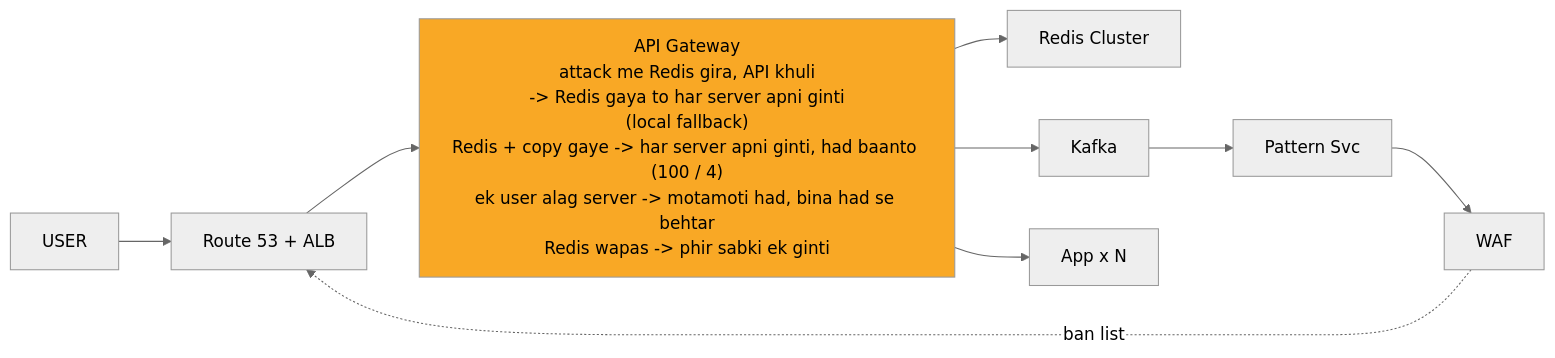
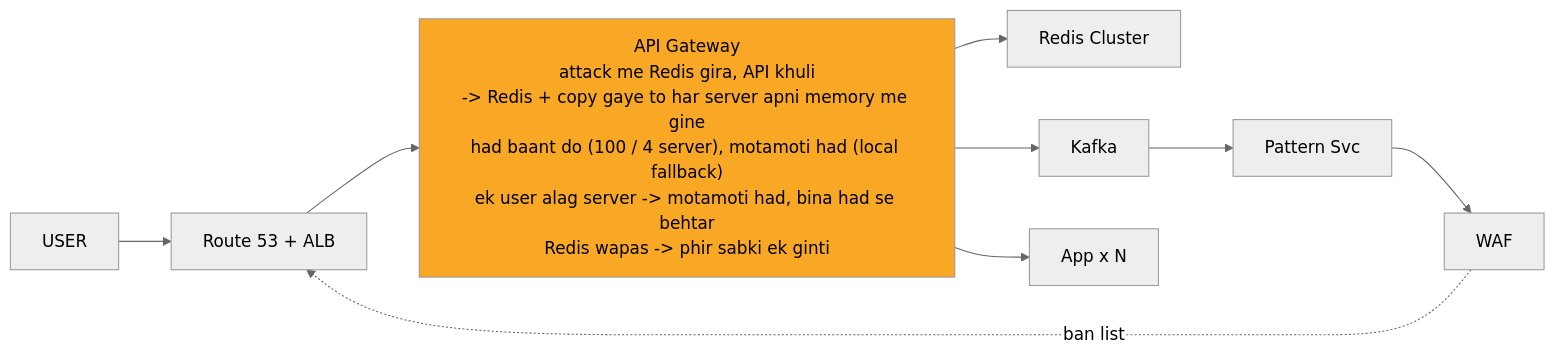
The ninth of 11 diagrams in 04_HLD/SYSTEM_DESIGNS/02_rate_limiter/02_rate_limiter.md (ArpanMaheshwari144/Prep), drawn with Mermaid (neutral theme) before and after one commit. The commit also changed other lines of this file and 13 other files, not shown here.

````diff
--- a/04_HLD/SYSTEM_DESIGNS/02_rate_limiter/02_rate_limiter.md
+++ b/04_HLD/SYSTEM_DESIGNS/02_rate_limiter/02_rate_limiter.md
@@ -368,21 +368,21 @@
 ```mermaid
 %%{init: {"flowchart": {"wrappingWidth": 450}}}%%
 flowchart LR
     n_USER["USER"]
     n_EDGE["Route 53 + ALB"]
-    n_API_Gateway["API Gateway<br/>attack me Redis gira, API khuli<br/>-> Redis gaya to har server apni ginti<br/>(local fallback)<br/>Redis + copy gaye -> har server apni ginti, had baanto (100 / 4)<br/>ek user alag server -> motamoti had, bina had se behtar<br/>Redis wapas -> phir sabki ek ginti"]
+    n_API_Gateway["API Gateway<br/>attack me Redis gira, API khuli<br/>-> Redis + copy gaye to har server apni memory me gine<br/>had baant do (100 / 4 server), motamoti had (local fallback)<br/>ek user alag server -> motamoti had, bina had se behtar<br/>Redis wapas -> phir sabki ek ginti"]
     n_Redis_Cluster["Redis Cluster"]
     n_Kafka["Kafka"]
     n_Pattern_Svc["Pattern Svc"]
     n_WAF["WAF"]
     n_App_xN["App x N"]
     n_EDGE --> n_API_Gateway
     n_API_Gateway --> n_Redis_Cluster
     n_API_Gateway --> n_App_xN
     n_Kafka --> n_Pattern_Svc
     n_Pattern_Svc --> n_WAF
     n_API_Gateway --> n_Kafka
     n_USER --> n_EDGE
     n_WAF -.->|ban list| n_EDGE
     style n_API_Gateway fill:#f9a825,color:#000
 ```
````
